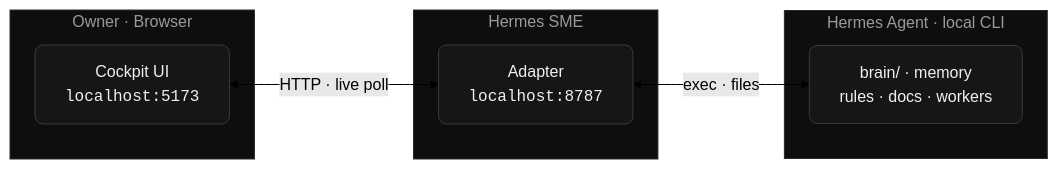
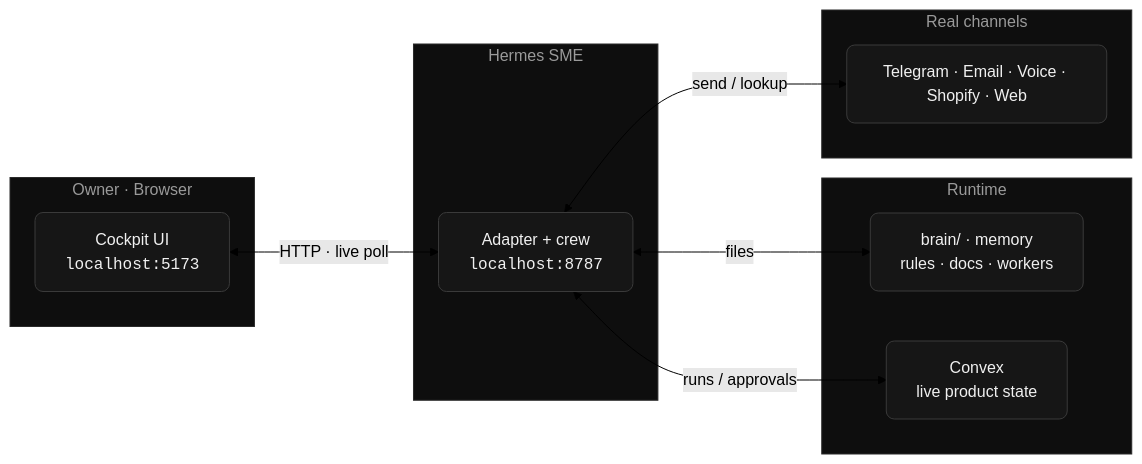
Before and after one commit to DheerGupta35959/Hermes-SME-UI: the diagram in README.md, drawn with Mermaid (forest theme). The commit also changed other lines of this file and 17 other files, not shown here.

First line of the commit message:
feat: integrate Convex for live product state management

````diff
--- a/README.md
+++ b/README.md
@@ -22,20 +40,26 @@
 ```mermaid
 flowchart LR
     subgraph owner ["Owner · Browser"]
         UI["Cockpit UI<br/><code>localhost:5173</code>"]
     end
     subgraph sme ["Hermes SME"]
-        AD["Adapter<br/><code>localhost:8787</code>"]
+        AD["Adapter + crew<br/><code>localhost:8787</code>"]
     end
-    subgraph agent ["Hermes Agent · local CLI"]
-        BR["brain/ &middot; memory<br/>rules &middot; docs &middot; workers"]
+    subgraph agent ["Runtime"]
+        BR["brain/ · memory<br/>rules · docs · workers"]
+        CX["Convex<br/>live product state"]
+    end
+    subgraph world ["Real channels"]
+        CH["Telegram · Email · Voice · Shopify · Web"]
     end
 
     UI <-->|"HTTP · live poll"| AD
-    AD <-->|"exec · files"| BR
+    AD <-->|"files"| BR
+    AD <-->|"runs / approvals"| CX
+    AD <-->|"send / lookup"| CH
 
     classDef box fill:#161616,stroke:#3a3a3a,color:#f0f0f0,rx:8,ry:8;
     classDef group fill:#0e0e0e,stroke:#2a2a2a,color:#9a9a9a;
-    class UI,AD,BR box;
-    class owner,sme,agent group;
+    class UI,AD,BR,CX,CH box;
+    class owner,sme,agent,world group;
 ```
````
